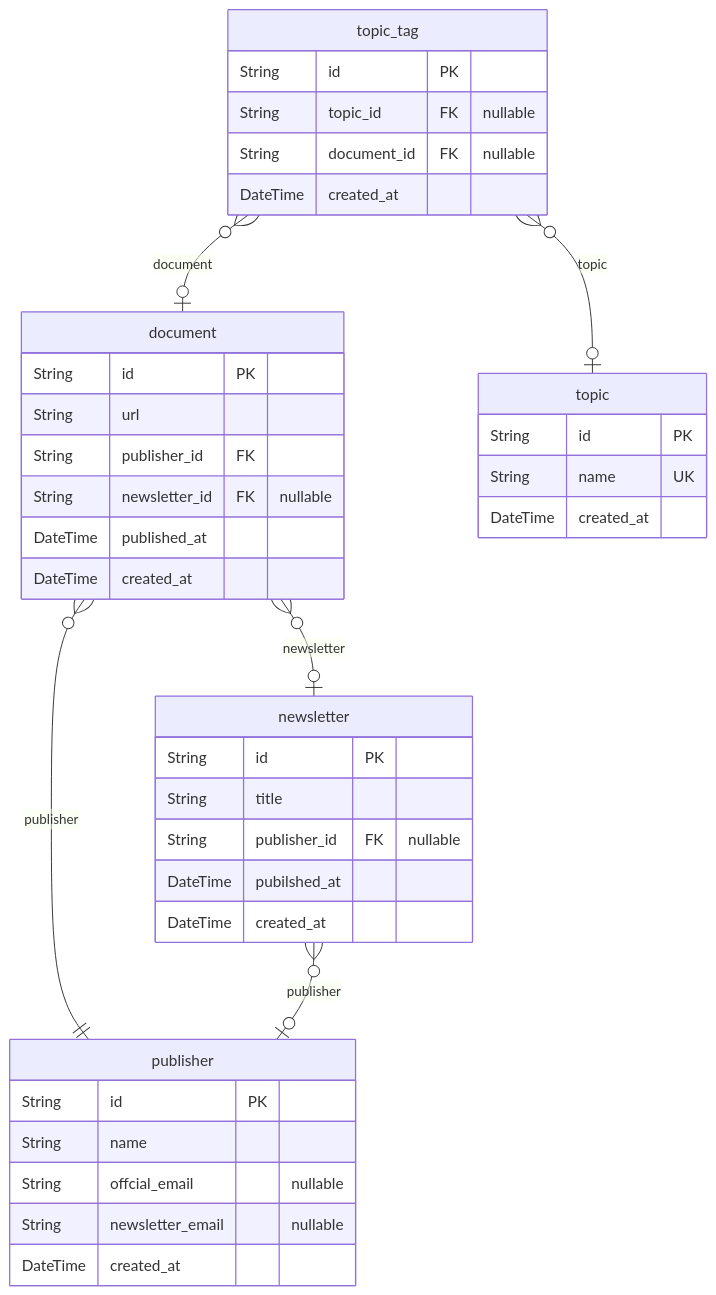
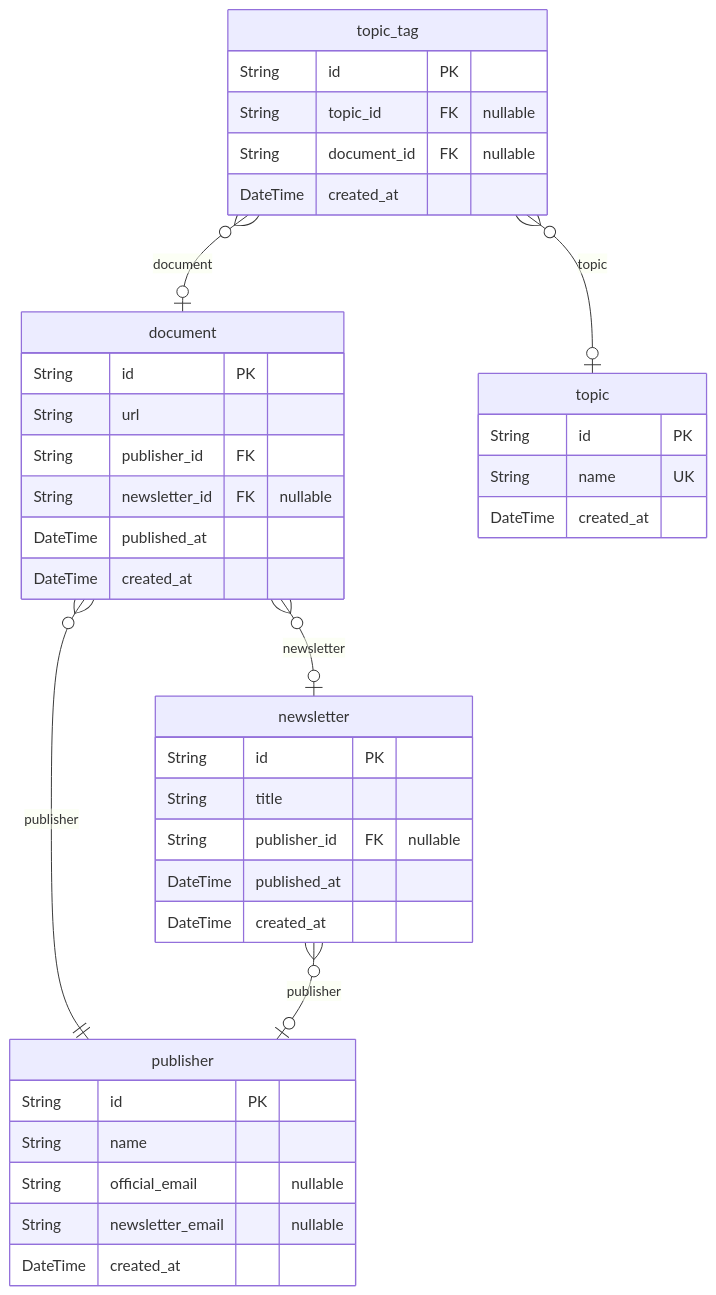
The second of 2 diagrams in docs/ERD.md (Mailly-Project/Mailly-BE), drawn with Mermaid before and after one commit. The commit also changed other lines of this file and 2 other files, not shown here.

````diff
--- a/docs/ERD.md
+++ b/docs/ERD.md
@@ -178,41 +178,41 @@
 ```mermaid
 erDiagram
 "document" {
   String id PK
   String url
   String publisher_id FK
   String newsletter_id FK "nullable"
   DateTime published_at
   DateTime created_at
 }
 "publisher" {
   String id PK
   String name
-  String offcial_email "nullable"
+  String official_email "nullable"
   String newsletter_email "nullable"
   DateTime created_at
 }
 "newsletter" {
   String id PK
   String title
   String publisher_id FK "nullable"
-  DateTime pubilshed_at
+  DateTime published_at
   DateTime created_at
 }
 "topic" {
   String id PK
   String name UK
   DateTime created_at
 }
 "topic_tag" {
   String id PK
   String topic_id FK "nullable"
   String document_id FK "nullable"
   DateTime created_at
 }
 "document" }o--|| "publisher" : publisher
 "document" }o--o| "newsletter" : newsletter
 "newsletter" }o--o| "publisher" : publisher
 "topic_tag" }o--o| "topic" : topic
 "topic_tag" }o--o| "document" : document
 ```
````
